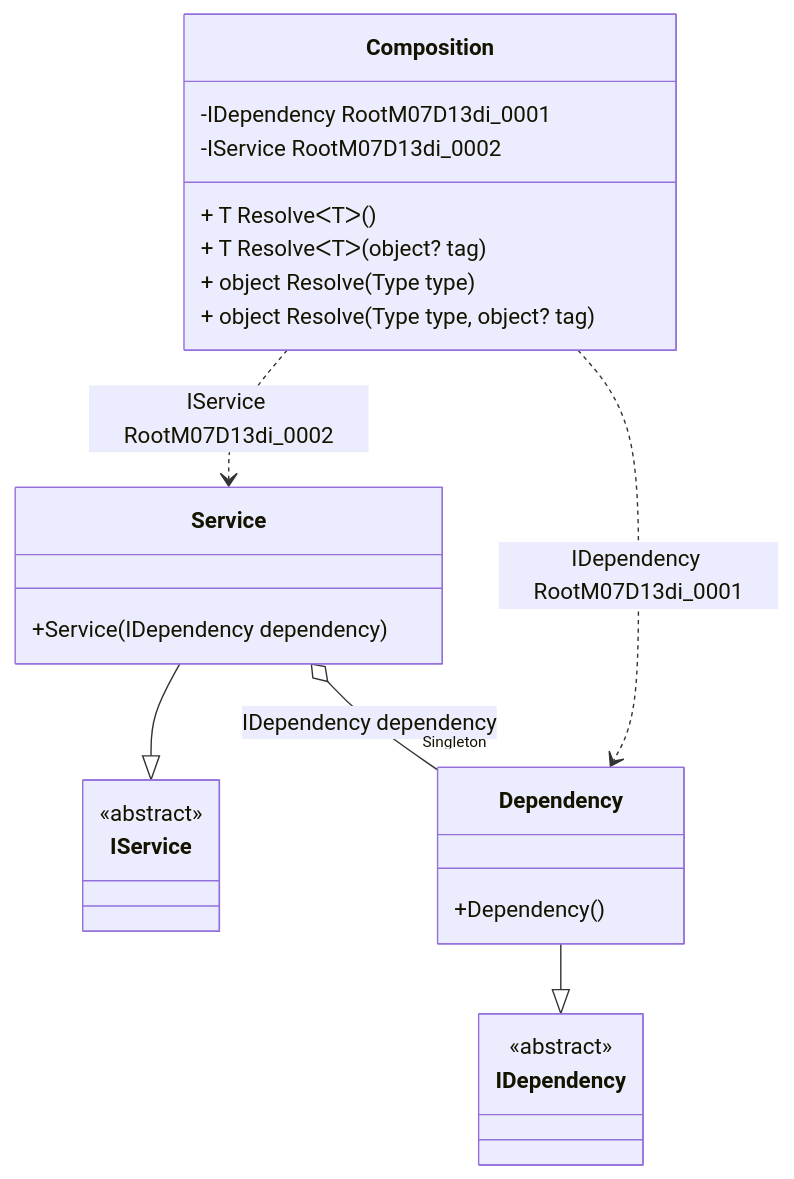
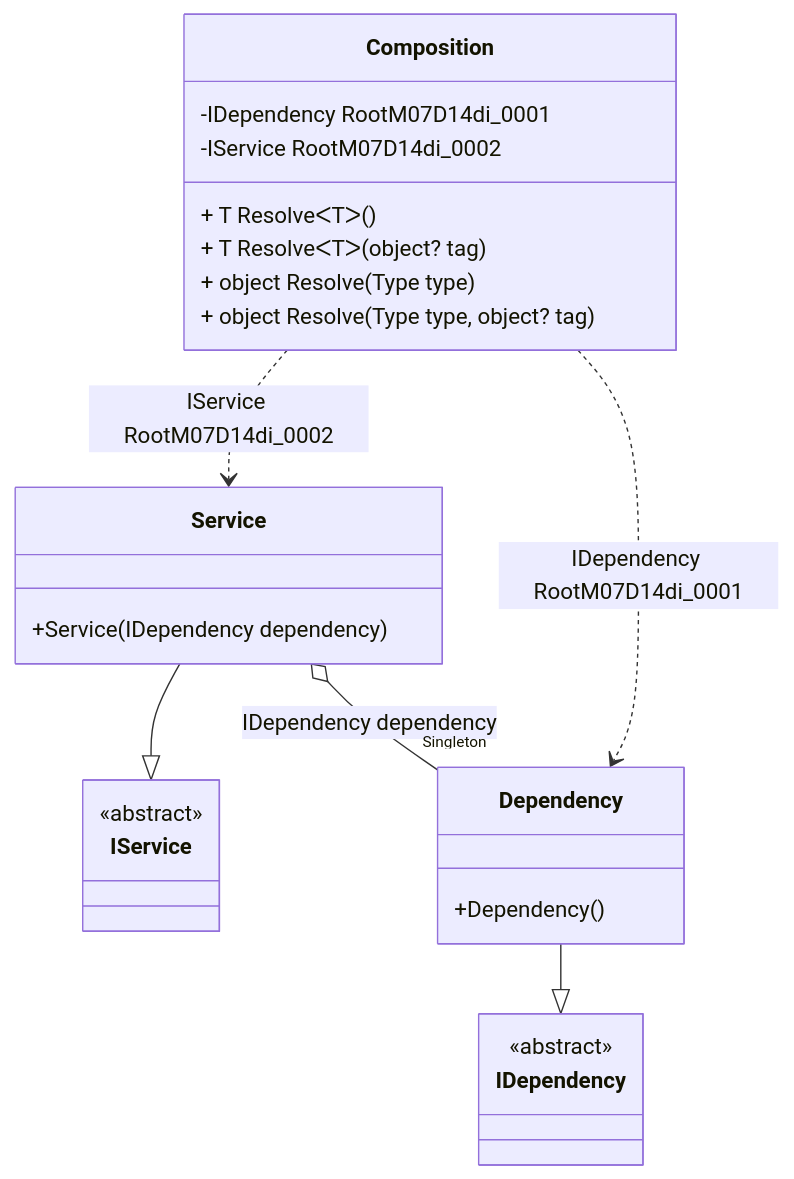
Before and after one commit to DevTeam/Pure.DI: the diagram in readme/service-collection.md, drawn with Mermaid. The commit also changed other lines of this file and 58 other files, not shown here.

````diff
--- a/readme/service-collection.md
+++ b/readme/service-collection.md
@@ -75,28 +75,28 @@
 ```mermaid
 classDiagram
   class Composition {
-    -IDependency RootM07D13di_0001
-    -IService RootM07D13di_0002
+    -IDependency RootM07D14di_0001
+    -IService RootM07D14di_0002
     + T ResolveᐸTᐳ()
     + T ResolveᐸTᐳ(object? tag)
     + object Resolve(Type type)
     + object Resolve(Type type, object? tag)
   }
   Service --|> IService : 
   class Service {
     +Service(IDependency dependency)
   }
   Dependency --|> IDependency : 
   class Dependency {
     +Dependency()
   }
   class IService {
     <<abstract>>
   }
   class IDependency {
     <<abstract>>
   }
   Service o--  "Singleton" Dependency : IDependency dependency
-  Composition ..> Dependency : IDependency RootM07D13di_0001
-  Composition ..> Service : IService RootM07D13di_0002
+  Composition ..> Dependency : IDependency RootM07D14di_0001
+  Composition ..> Service : IService RootM07D14di_0002
 ```
````
